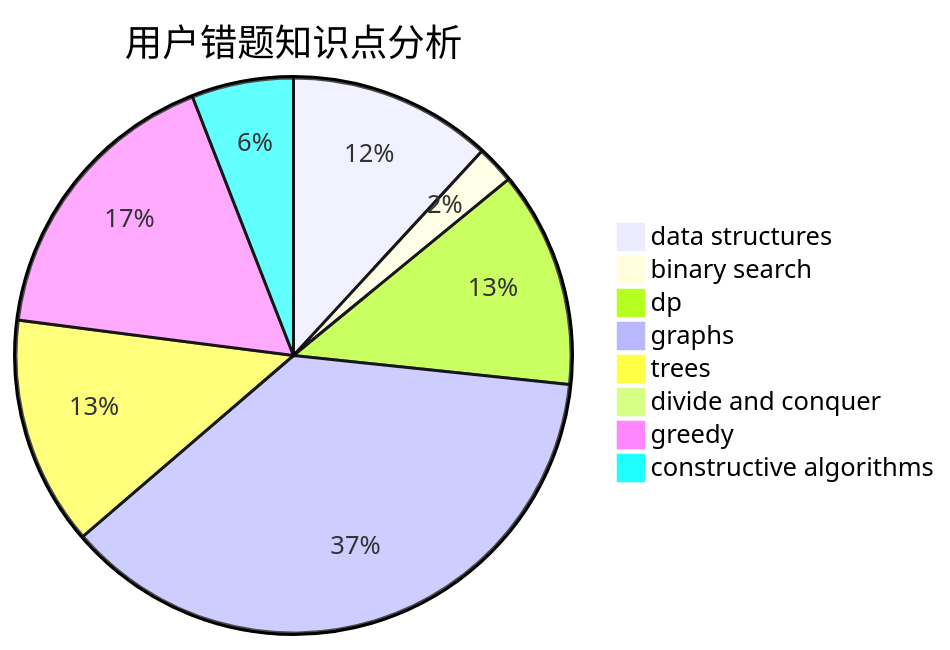
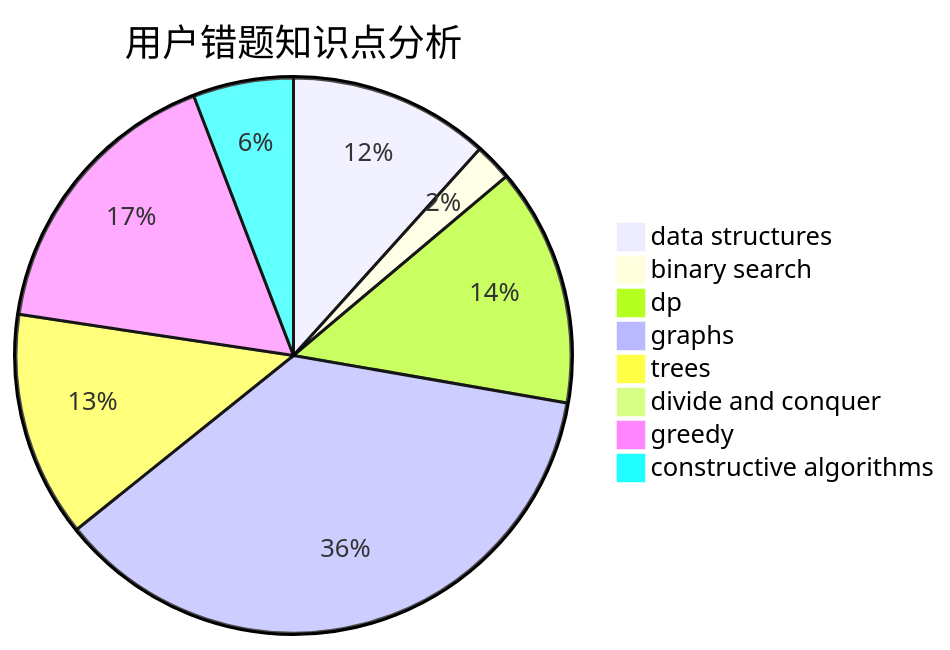
One commit to sherpahu/cfrs.github.io changed the third of 3 diagrams in docs/user/u30.md. Above: the diagram before and after it, drawn with Mermaid. The commit also changed other lines of this file and 2770 other files, not shown here.

````diff
--- a/docs/user/u30.md
+++ b/docs/user/u30.md
@@ -36,11 +36,11 @@
 ```mermaid
 pie title 用户错题知识点分析
     "data structures" :  16
     "binary search" :  3
-    "dp" :  17
+    "dp" :  19
     "graphs" :  50
     "trees" :  18
     "divide and conquer" :  0
     "greedy" :  23
     "constructive algorithms" :  8
 ```
````
